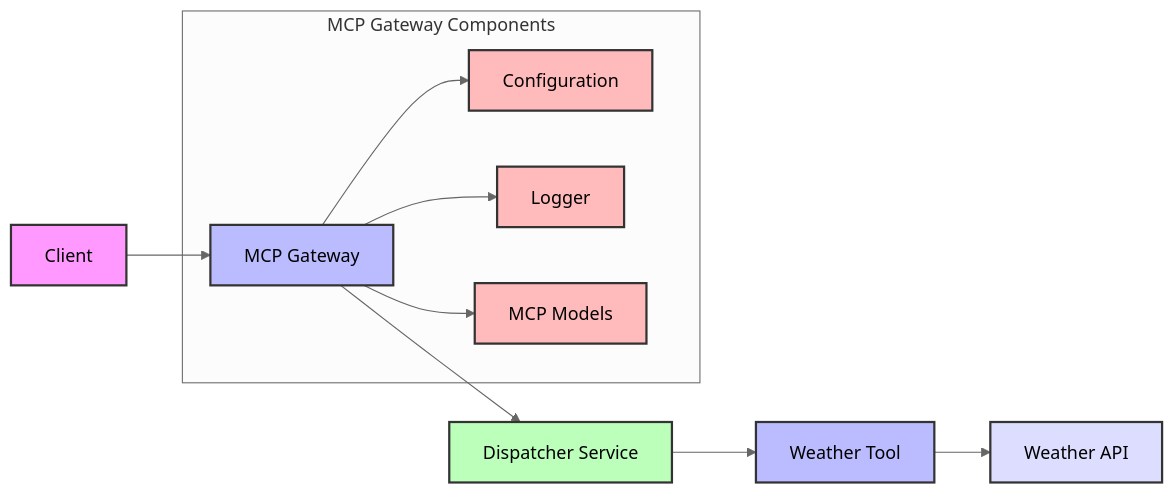
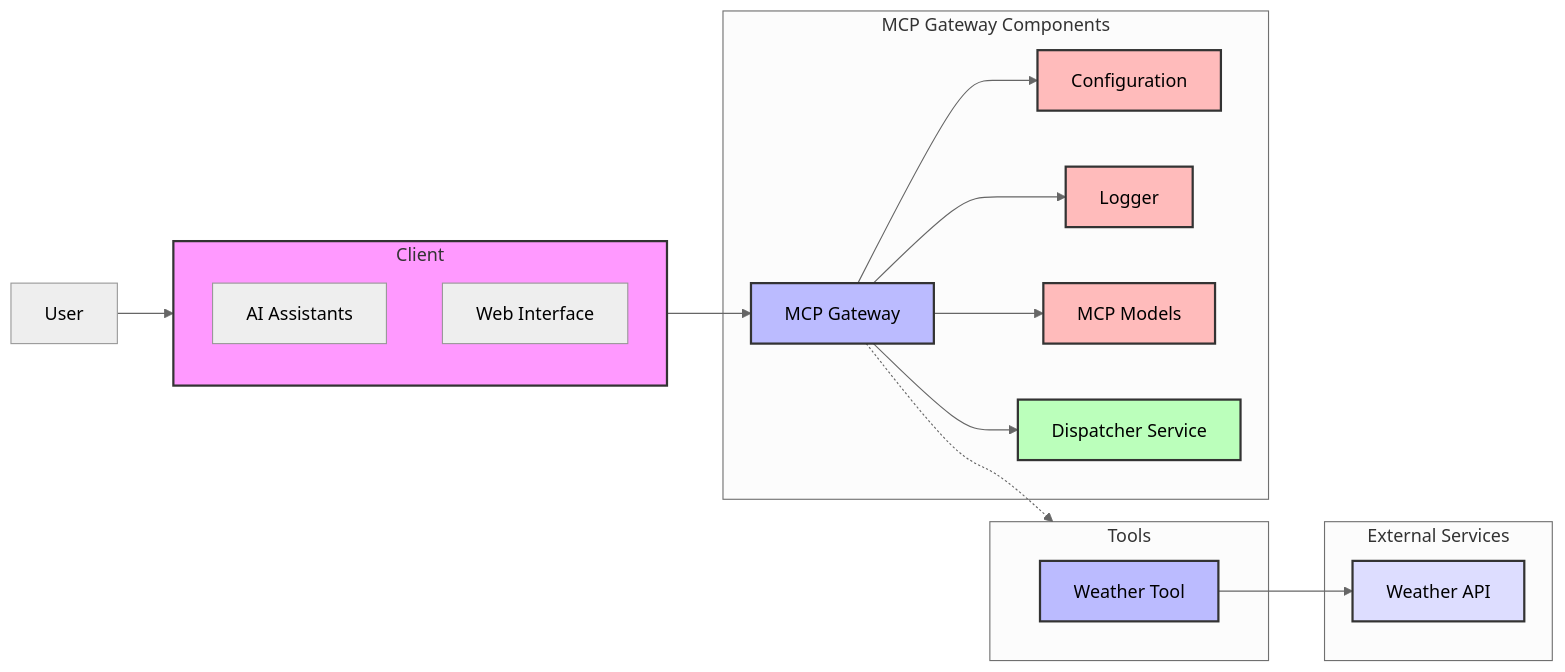
The second of 2 diagrams in README.md (joewang8848/demomcp), drawn with Mermaid (neutral theme) before and after one commit.

Commit message:
first readme

````diff
--- a/README.md
+++ b/README.md
@@ -17,22 +17,38 @@
 ```mermaid
 graph LR
-    Client[Client] --> MCPGateway[MCP Gateway]
-    MCPGateway --> Dispatcher[Dispatcher Service]
-    Dispatcher --> WeatherTool[Weather Tool]
-    WeatherTool --> API[Weather API]
+    User[User] --> Client
+    
+    subgraph Client
+        AI[AI Assistants]
+        Web[Web Interface]
+    end
+    
+    Client --> MCPGateway[MCP Gateway]
+    MCPGateway -.-> Tools
+    
+    subgraph Tools
+        WeatherTool[Weather Tool]
+    end
+    
+    subgraph External Services
+        API[Weather API]
+    end
+    
+    WeatherTool --> API
     
     subgraph MCP Gateway Components
         MCPGateway --> Config[Configuration]
         MCPGateway --> Logger[Logger]
         MCPGateway --> Models[MCP Models]
+        MCPGateway --> Dispatcher[Dispatcher Service]
     end
     
     style Client fill:#f9f,stroke:#333,stroke-width:2px
     style MCPGateway fill:#bbf,stroke:#333,stroke-width:2px
     style Dispatcher fill:#bfb,stroke:#333,stroke-width:2px
     style WeatherTool fill:#bbf,stroke:#333,stroke-width:2px
     style API fill:#ddf,stroke:#333,stroke-width:2px
     style Config fill:#fbb,stroke:#333,stroke-width:2px
     style Logger fill:#fbb,stroke:#333,stroke-width:2px
     style Models fill:#fbb,stroke:#333,stroke-width:2px
 ```
````
